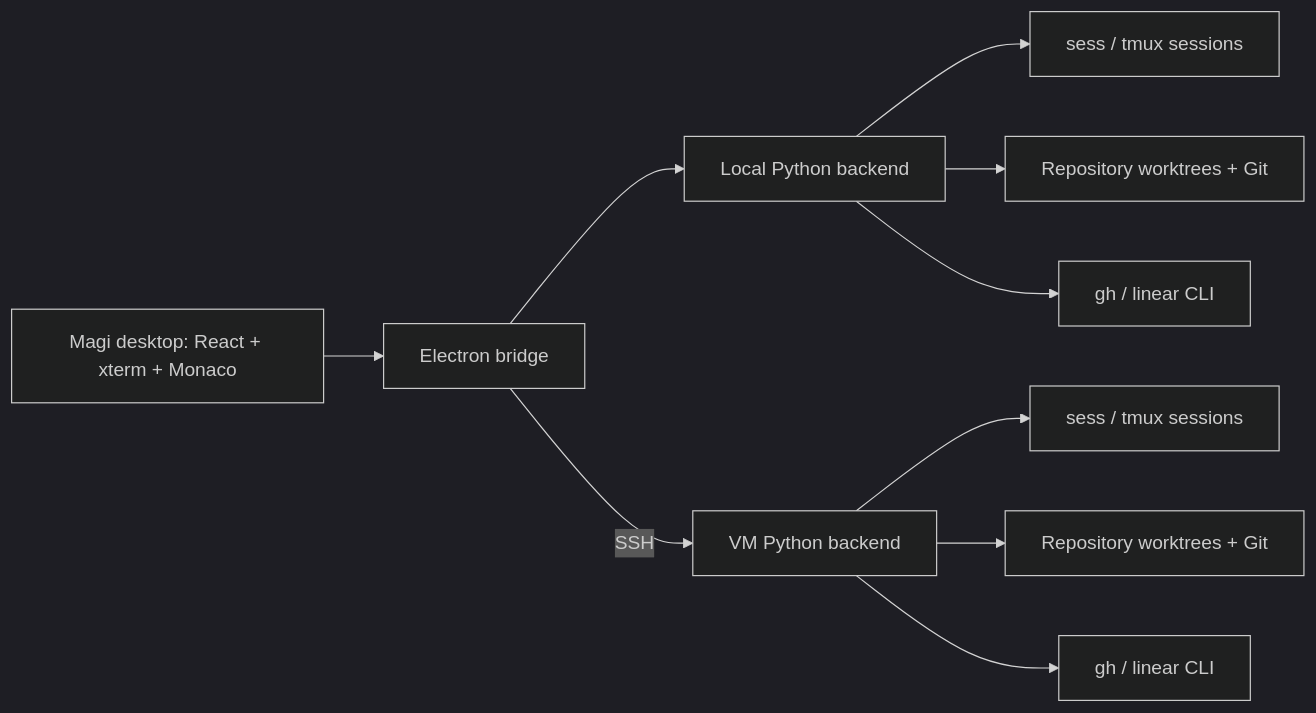
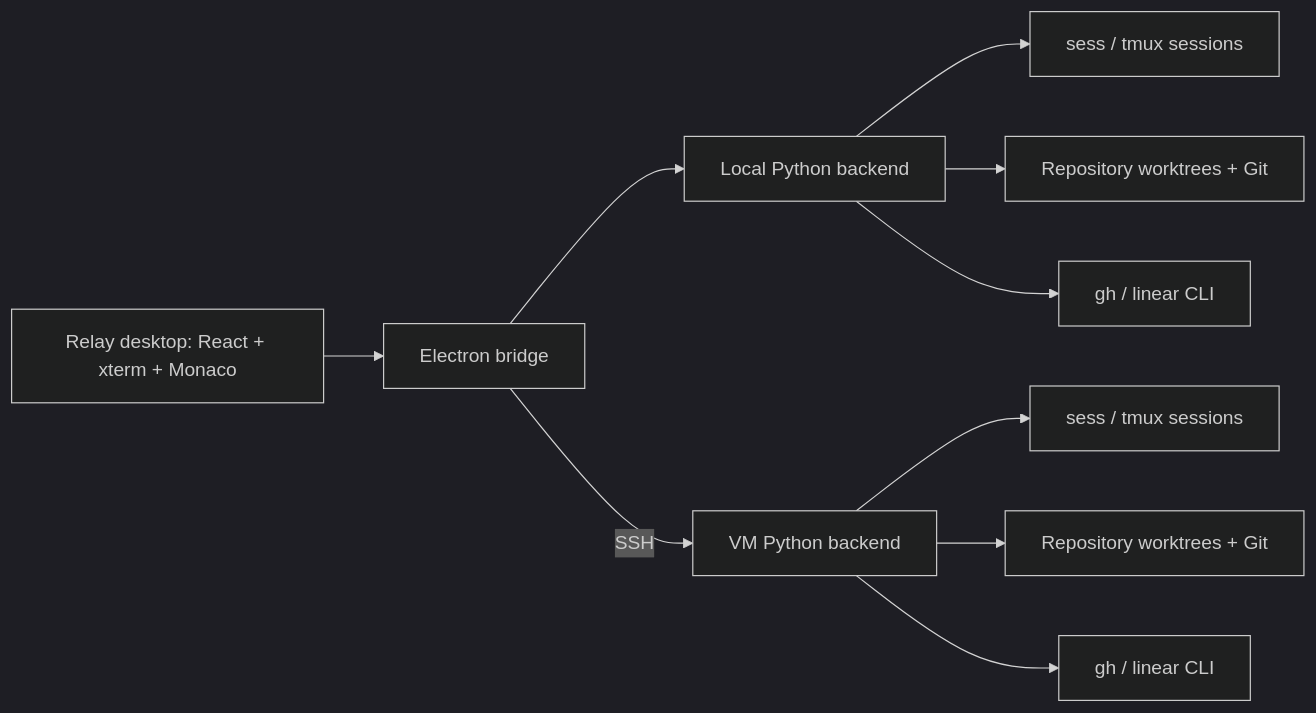
The diagram in README.md (DeepakSilaych/relay), drawn with Mermaid (dark theme) before and after one commit. The commit also changed other lines of this file and 20 other files, not shown here.

Commit message:
Rename Magi to Relay with new icon and compatible session storage

````diff
--- a/README.md
+++ b/README.md
@@ -37,12 +37,12 @@
 ```mermaid
 flowchart LR
-  UI["Magi desktop: React + xterm + Monaco"] --> E[Electron bridge]
+  UI["Relay desktop: React + xterm + Monaco"] --> E[Electron bridge]
   E --> L[Local Python backend]
   E -->|SSH| V[VM Python backend]
   L --> LS[sess / tmux sessions]
   V --> VS[sess / tmux sessions]
   L --> LR[Repository worktrees + Git]
   V --> VR[Repository worktrees + Git]
   L --> LC[gh / linear CLI]
   V --> VC[gh / linear CLI]
 ```
````
